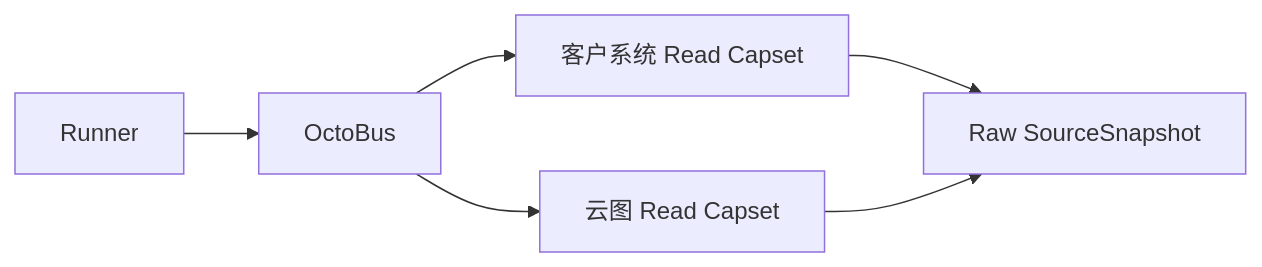
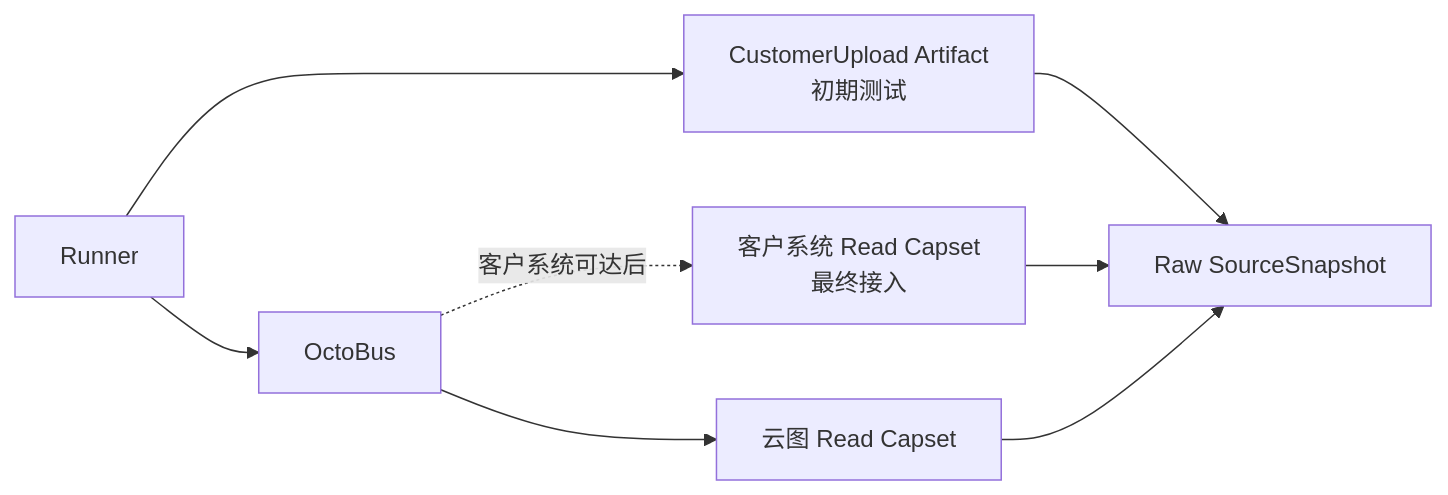
Before and after one commit to Notyet1307/Exposure-Agent: the second of 3 diagrams in docs/architecture/commercial-function-and-data-architecture-v0.1.md, drawn with Mermaid. The commit also changed other lines of this file and 4 other files, not shown here.

````diff
--- a/docs/architecture/commercial-function-and-data-architecture-v0.1.md
+++ b/docs/architecture/commercial-function-and-data-architecture-v0.1.md
@@ -282,8 +318,10 @@
 ```mermaid
 flowchart LR
-    R["Runner"] --> OC["OctoBus"]
-    OC --> C["客户系统 Read Capset"]
+    R["Runner"] --> U["CustomerUpload Artifact<br/>初期测试"]
+    R --> OC["OctoBus"]
+    OC -. 客户系统可达后 .-> C["客户系统 Read Capset<br/>最终接入"]
     OC --> A["云图 Read Capset"]
-    C --> RAW["Raw SourceSnapshot"]
+    U --> RAW["Raw SourceSnapshot"]
+    C --> RAW
     A --> RAW
 ```
````
